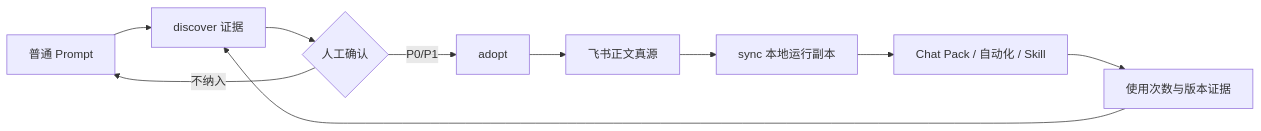
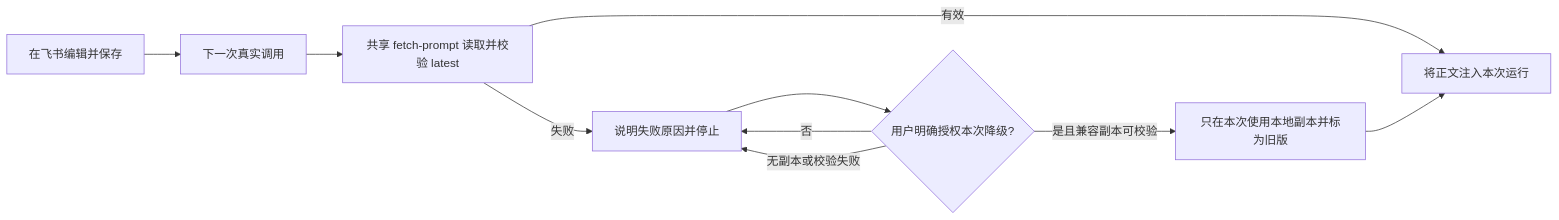
The diagram in docs/PROMPT_GOVERNANCE.md (SimplyY/learn-x), drawn with Mermaid before and after one commit. The commit also changed other lines of this file and 74 other files, not shown here.

````diff
--- a/docs/PROMPT_GOVERNANCE.md
+++ b/docs/PROMPT_GOVERNANCE.md
@@ -11,12 +9,12 @@
 ```mermaid
 flowchart LR
-  O[普通 Prompt] --> D[discover 证据]
-  D --> H{人工确认}
-  H -->|不纳入| O
-  H -->|P0/P1| A[adopt]
-  A --> F[飞书正文真源]
-  F --> S[sync 本地运行副本]
-  S --> C[Chat Pack / 自动化 / Skill]
-  C --> U[使用次数与版本证据]
-  U --> D
+  Edit[在飞书编辑并保存] --> Next[下一次真实调用]
+  Next --> Reader[共享 fetch-prompt 读取并校验 latest]
+  Reader -->|有效| Run[将正文注入本次运行]
+  Reader -->|失败| Stop[说明失败原因并停止]
+  Stop --> Consent{用户明确授权本次降级?}
+  Consent -->|否| Stop
+  Consent -->|是且兼容副本可校验| Local[只在本次使用本地副本并标为旧版]
+  Consent -->|无副本或校验失败| Stop
+  Local --> Run
 ```
````
